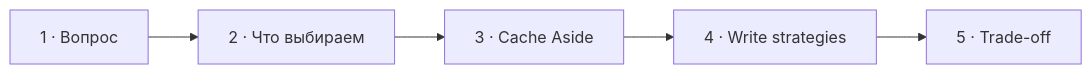
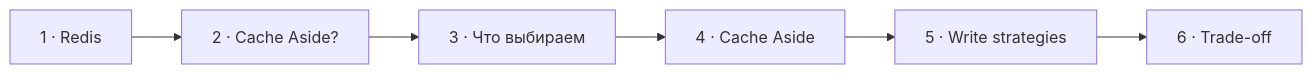
One commit to savinmikhail/php-backend-interview-video changed the diagram in episodes/841862-1payment/visual-plans/25-cache-strategies.md. Above: the diagram before and after it, drawn with Mermaid. The commit also changed other lines of this file and 4 other files, not shown here.

Commit message:
Add Cache Aside question card

````diff
--- a/episodes/841862-1payment/visual-plans/25-cache-strategies.md
+++ b/episodes/841862-1payment/visual-plans/25-cache-strategies.md
@@ -49,4 +51,4 @@
 ```mermaid
 flowchart LR
-  Q["1 · Вопрос"] --> C["2 · Что выбираем"] --> A["3 · Cache Aside"] --> W["4 · Write strategies"] --> T["5 · Trade-off"]
+  Q["1 · Redis"] --> A["2 · Cache Aside?"] --> C["3 · Что выбираем"] --> F["4 · Cache Aside"] --> W["5 · Write strategies"] --> T["6 · Trade-off"]
 ```
````
